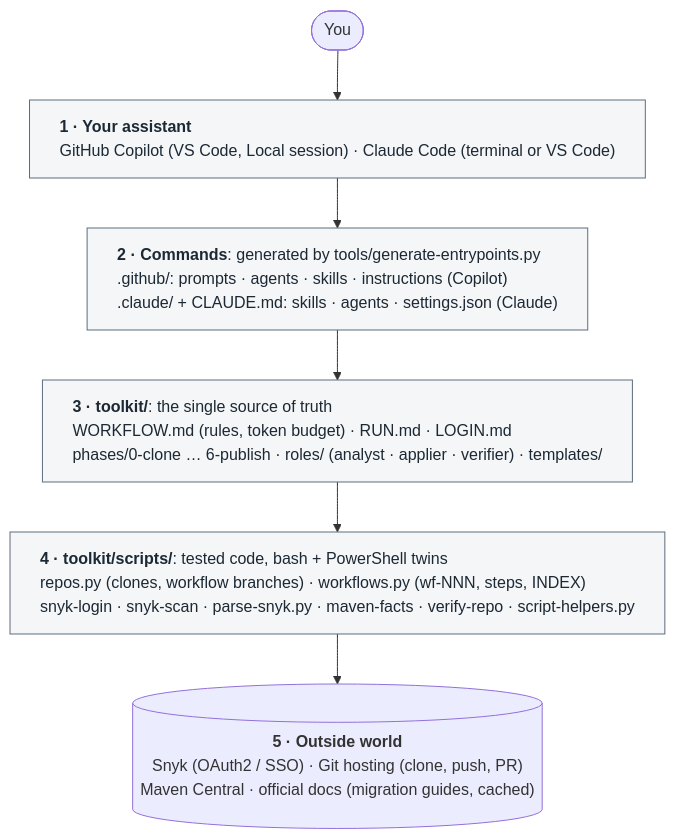
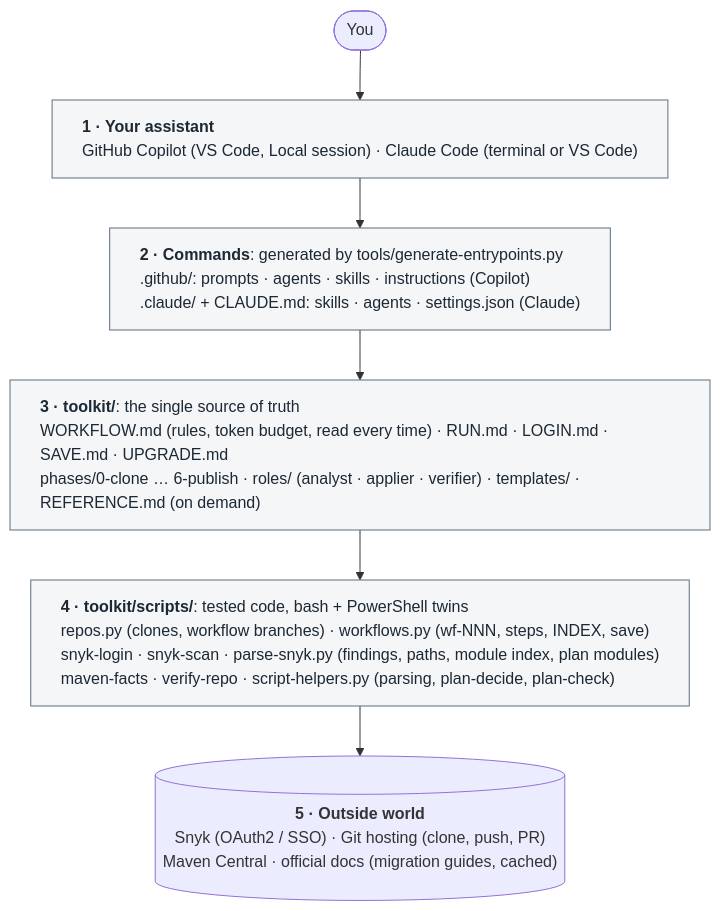
The first of 5 diagrams in docs/ARCHITECTURE.md (elinasarvari/snyk-update-package), drawn with Mermaid before and after one commit. The commit also changed other lines of this file and 1 other file, not shown here.

First line of the commit message:
Docs: faster planning steps; architecture diagrams brought up to date

````diff
--- a/docs/ARCHITECTURE.md
+++ b/docs/ARCHITECTURE.md
@@ -20,15 +20,15 @@
 ```mermaid
 %%{init: {"flowchart": {"wrappingWidth": 640}}}%%
 flowchart TB
     user(["You"])
     ide["<b>1 · Your assistant</b><br/>GitHub Copilot (VS Code, Local session) · Claude Code (terminal or VS Code)"]
     entry["<b>2 · Commands</b>: generated by tools/generate-entrypoints.py<br/>.github/: prompts · agents · skills · instructions (Copilot)<br/>.claude/ + CLAUDE.md: skills · agents · settings.json (Claude)"]
-    toolkit["<b>3 · toolkit/</b>: the single source of truth<br/>WORKFLOW.md (rules, token budget) · RUN.md · LOGIN.md<br/>phases/0-clone … 6-publish · roles/ (analyst · applier · verifier) · templates/"]
-    scripts["<b>4 · toolkit/scripts/</b>: tested code, bash + PowerShell twins<br/>repos.py (clones, workflow branches) · workflows.py (wf-NNN, steps, INDEX)<br/>snyk-login · snyk-scan · parse-snyk.py · maven-facts · verify-repo · script-helpers.py"]
+    toolkit["<b>3 · toolkit/</b>: the single source of truth<br/>WORKFLOW.md (rules, token budget, read every time) · RUN.md · LOGIN.md · SAVE.md · UPGRADE.md<br/>phases/0-clone … 6-publish · roles/ (analyst · applier · verifier) · templates/ · REFERENCE.md (on demand)"]
+    scripts["<b>4 · toolkit/scripts/</b>: tested code, bash + PowerShell twins<br/>repos.py (clones, workflow branches) · workflows.py (wf-NNN, steps, INDEX, save)<br/>snyk-login · snyk-scan · parse-snyk.py (findings, paths, module index, plan modules)<br/>maven-facts · verify-repo · script-helpers.py (parsing, plan-decide, plan-check)"]
     ext[("<b>5 · Outside world</b><br/>Snyk (OAuth2 / SSO) · Git hosting (clone, push, PR)<br/>Maven Central · official docs (migration guides, cached)")]
 
     user --> ide --> entry --> toolkit --> scripts --> ext
 
     classDef layer fill:#f4f6f8,stroke:#5d6d7e,color:#1c2833,text-align:left
     class ide,entry,toolkit,scripts layer
 ```
````
